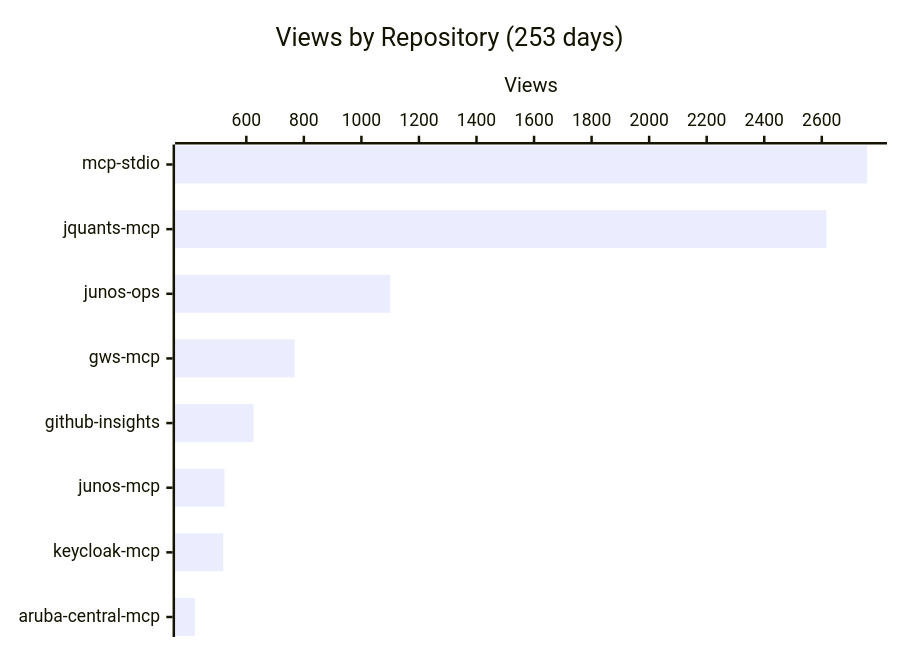
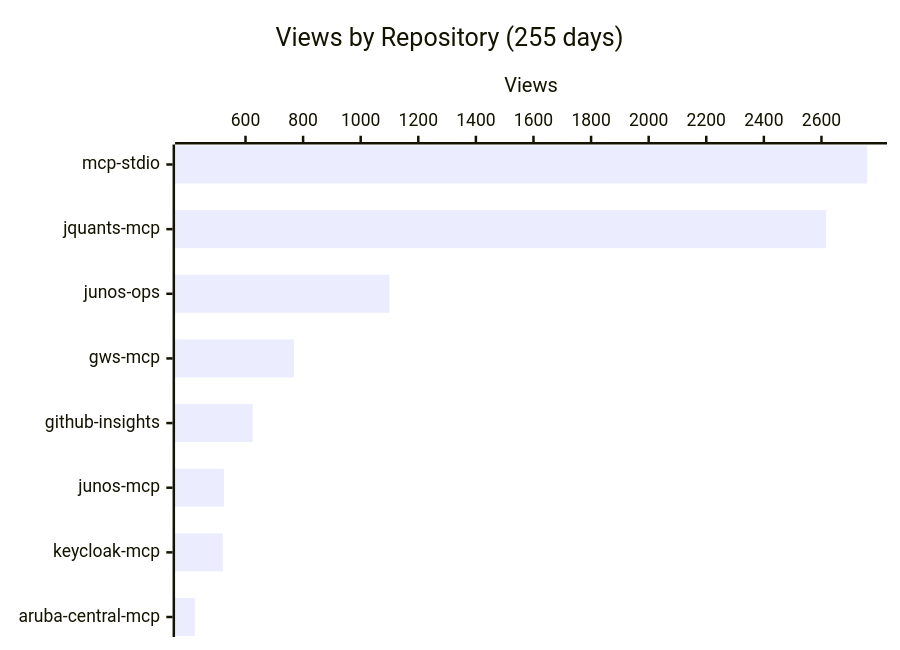
The first of 4 diagrams in README.md (shigechika/github-insights), drawn with Mermaid before and after one commit. The commit also changed other lines of this file and 1 other file, not shown here.

````diff
--- a/README.md
+++ b/README.md
@@ -18,7 +18,7 @@
 ```mermaid
 xychart-beta horizontal
-    title "Views by Repository (253 days)"
+    title "Views by Repository (255 days)"
     x-axis ["mcp-stdio", "jquants-mcp", "junos-ops", "gws-mcp", "github-insights", "junos-mcp", "keycloak-mcp", "aruba-central-mcp"]
     y-axis "Views"
-    bar [2758, 2616, 1100, 768, 625, 524, 520, 421]
+    bar [2759, 2616, 1100, 768, 625, 525, 521, 424]
 ```
````
